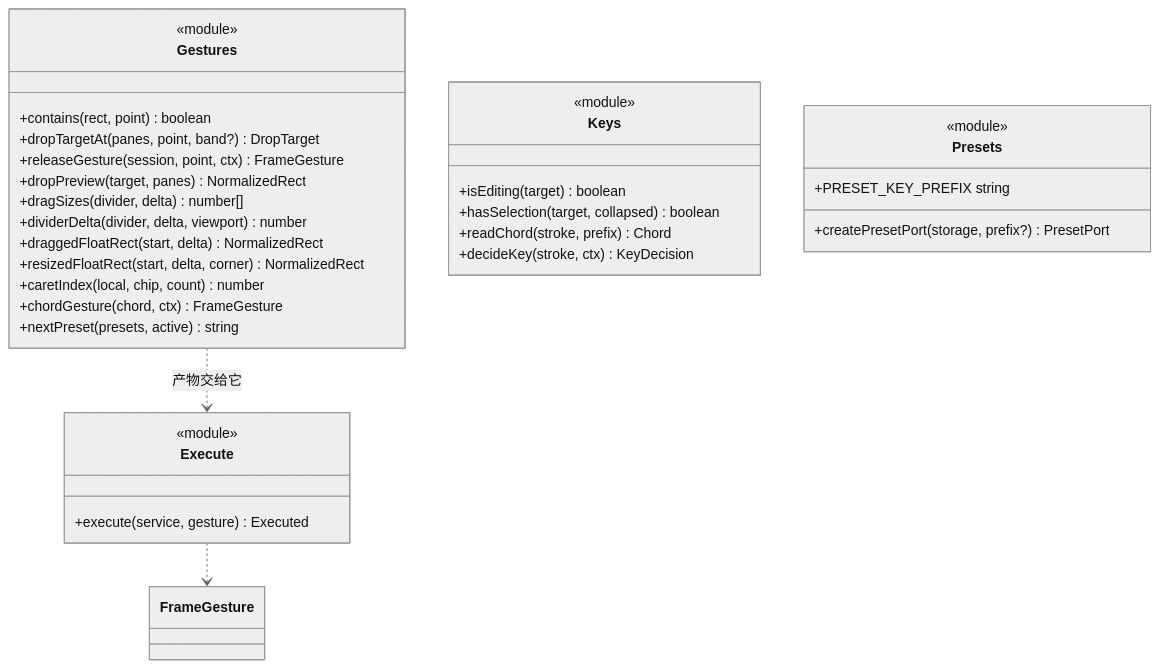
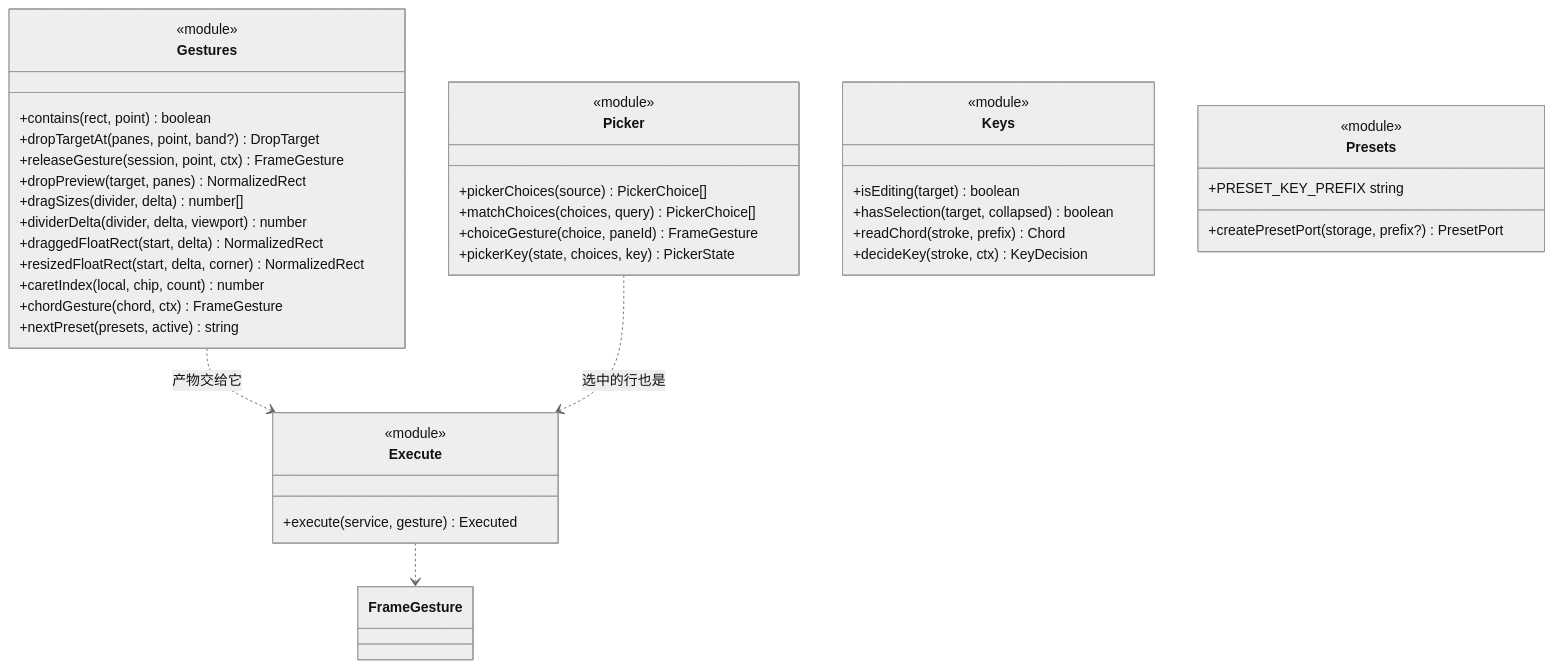
The fourth of 4 diagrams in DESIGN.md (AllenSue/dsh-frame-web), drawn with Mermaid (neutral theme) before and after one commit. The commit also changed other lines of this file and 6 other files, not shown here.

````diff
--- a/DESIGN.md
+++ b/DESIGN.md
@@ -204,36 +207,44 @@
 ```mermaid
 classDiagram
     class Gestures {
         <<module>>
         +contains(rect, point) boolean
         +dropTargetAt(panes, point, band?) DropTarget
         +releaseGesture(session, point, ctx) FrameGesture
         +dropPreview(target, panes) NormalizedRect
         +dragSizes(divider, delta) number[]
         +dividerDelta(divider, delta, viewport) number
         +draggedFloatRect(start, delta) NormalizedRect
         +resizedFloatRect(start, delta, corner) NormalizedRect
         +caretIndex(local, chip, count) number
         +chordGesture(chord, ctx) FrameGesture
         +nextPreset(presets, active) string
+    }
+    class Picker {
+        <<module>>
+        +pickerChoices(source) PickerChoice[]
+        +matchChoices(choices, query) PickerChoice[]
+        +choiceGesture(choice, paneId) FrameGesture
+        +pickerKey(state, choices, key) PickerState
     }
     class Keys {
         <<module>>
         +isEditing(target) boolean
         +hasSelection(target, collapsed) boolean
         +readChord(stroke, prefix) Chord
         +decideKey(stroke, ctx) KeyDecision
     }
     class Execute {
         <<module>>
         +execute(service, gesture) Executed
     }
     class Presets {
         <<module>>
         +PRESET_KEY_PREFIX string
         +createPresetPort(storage, prefix?) PresetPort
     }
 
     Gestures ..> Execute : 产物交给它
+    Picker ..> Execute : 选中的行也是
     Execute ..> FrameGesture
 ```
````
